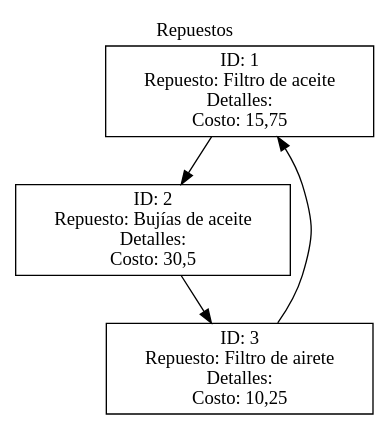
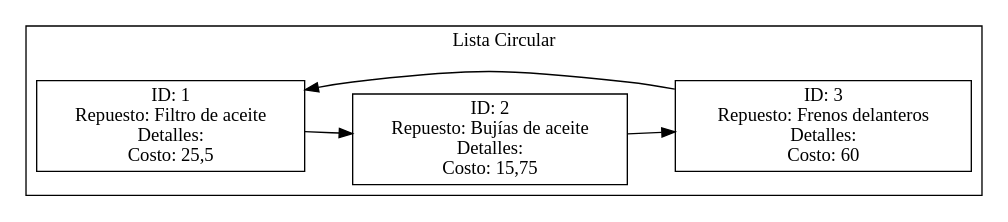
One commit to Farot30/-EDD-1S2025_202307820 changed the diagram in Fase#1/Graficas/Repuestos.dot. Above: the diagram before and after it, drawn with Graphviz. The commit also changed 36 other files, not shown here.

```diff
--- a/Fase#1/Graficas/Repuestos.dot
+++ b/Fase#1/Graficas/Repuestos.dot
@@ -1,9 +1,10 @@
 digraph G {
-label="Repuestos";
-labelloc="t";
+rankdir=LR;
 node [shape=box];
-"ID: 1\nRepuesto: Filtro de aceite\nDetalles: \nCosto: 15,75" -> "ID: 2\nRepuesto: Bujías de aceite\nDetalles: \nCosto: 30,5";
-"ID: 2\nRepuesto: Bujías de aceite\nDetalles: \nCosto: 30,5" -> "ID: 3\nRepuesto: Filtro de airete\nDetalles: \nCosto: 10,25";
-"ID: 3\nRepuesto: Filtro de airete\nDetalles: \nCosto: 10,25" -> "ID: 1\nRepuesto: Filtro de aceite\nDetalles: \nCosto: 15,75";
-
+subgraph cluster_ListaCircular {
+label = "Lista Circular";
+"ID: 1\nRepuesto: Filtro de aceite\nDetalles: \nCosto: 25,5" -> "ID: 2\nRepuesto: Bujías de aceite\nDetalles: \nCosto: 15,75";
+"ID: 2\nRepuesto: Bujías de aceite\nDetalles: \nCosto: 15,75" -> "ID: 3\nRepuesto: Frenos delanteros\nDetalles: \nCosto: 60";
+"ID: 3\nRepuesto: Frenos delanteros\nDetalles: \nCosto: 60" -> "ID: 1\nRepuesto: Filtro de aceite\nDetalles: \nCosto: 25,5";
 }
+}
```
